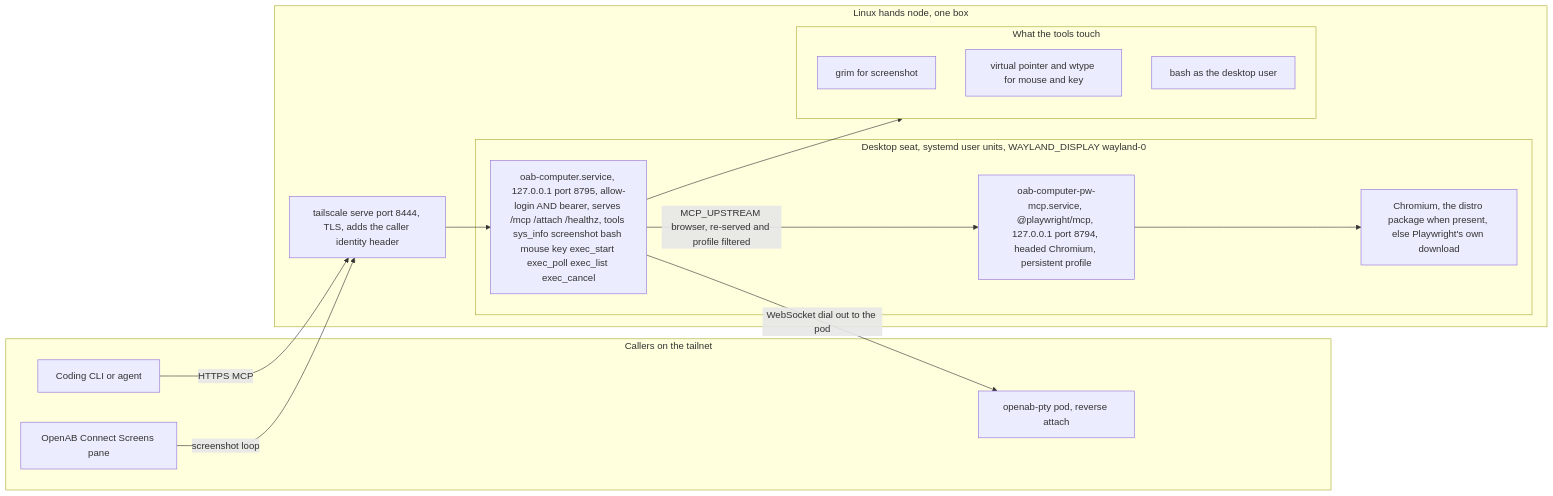
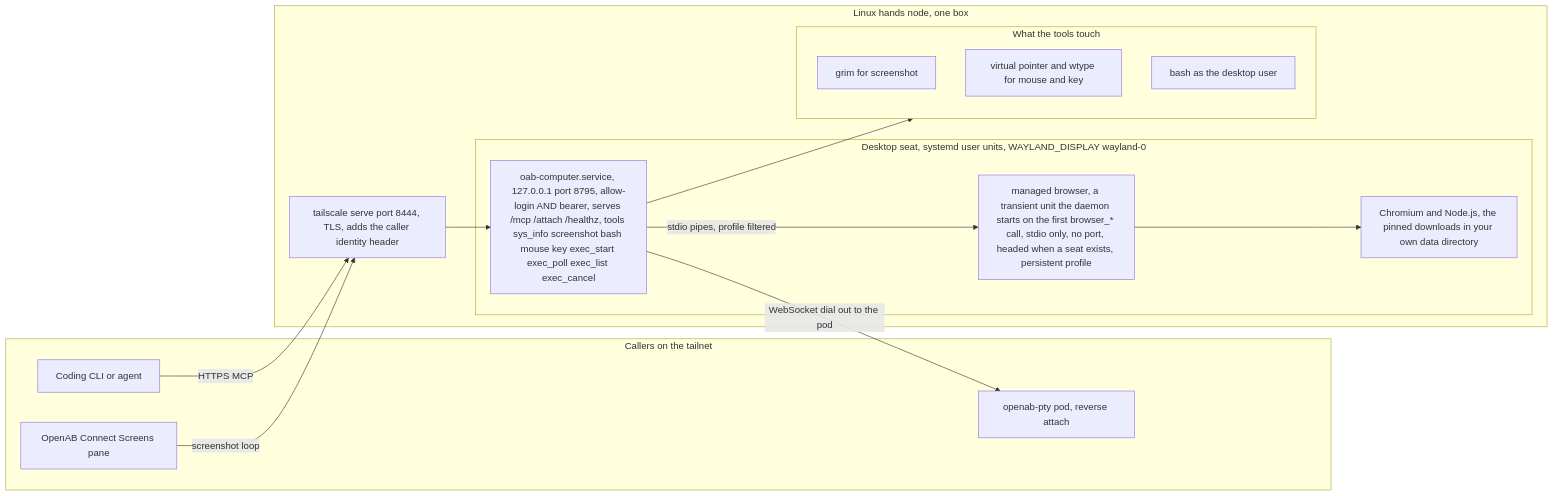
Before and after one commit to openabdev/openab-computer: the first of 2 diagrams in docs/linux-setup.md, drawn with Mermaid. The commit also changed other lines of this file and 7 other files, not shown here.

````diff
--- a/docs/linux-setup.md
+++ b/docs/linux-setup.md
@@ -21,30 +26,30 @@
 ```mermaid
 flowchart LR
     subgraph callers["Callers on the tailnet"]
         cli["Coding CLI or agent"]
         connect["OpenAB Connect Screens pane"]
         pod["openab-pty pod, reverse attach"]
     end
 
     subgraph node["Linux hands node, one box"]
         ts["tailscale serve port 8444, TLS, adds the caller identity header"]
         subgraph seat["Desktop seat, systemd user units, WAYLAND_DISPLAY wayland-0"]
             mcp["oab-computer.service, 127.0.0.1 port 8795, allow-login AND bearer, serves /mcp /attach /healthz, tools sys_info screenshot bash mouse key exec_start exec_poll exec_list exec_cancel"]
-            pw["oab-computer-pw-mcp.service, @playwright/mcp, 127.0.0.1 port 8794, headed Chromium, persistent profile"]
-            chrom["Chromium, the distro package when present, else Playwright's own download"]
+            pw["managed browser, a transient unit the daemon starts on the first browser_* call, stdio only, no port, headed when a seat exists, persistent profile"]
+            chrom["Chromium and Node.js, the pinned downloads in your own data directory"]
         end
         subgraph hands["What the tools touch"]
             grim["grim for screenshot"]
             wl["virtual pointer and wtype for mouse and key"]
             sh["bash as the desktop user"]
         end
     end
 
     cli -- "HTTPS MCP" --> ts
     connect -- "screenshot loop" --> ts
     ts --> mcp
     mcp -- "WebSocket dial out to the pod" --> pod
-    mcp -- "MCP_UPSTREAM browser, re-served and profile filtered" --> pw
+    mcp -- "stdio pipes, profile filtered" --> pw
     pw --> chrom
     mcp --> hands
 ```
````
